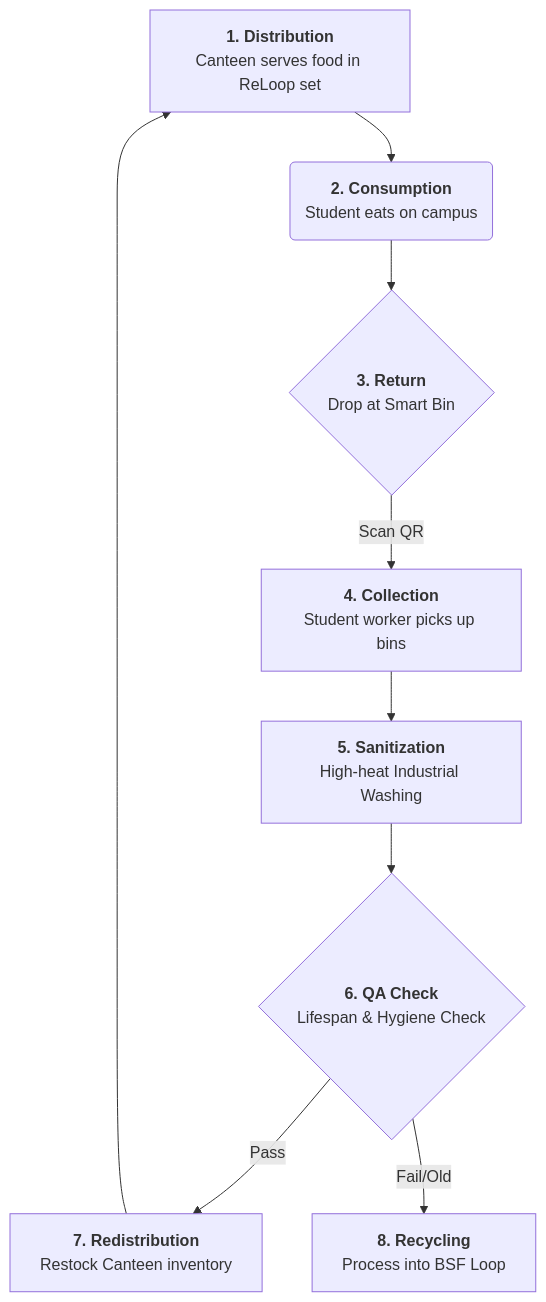
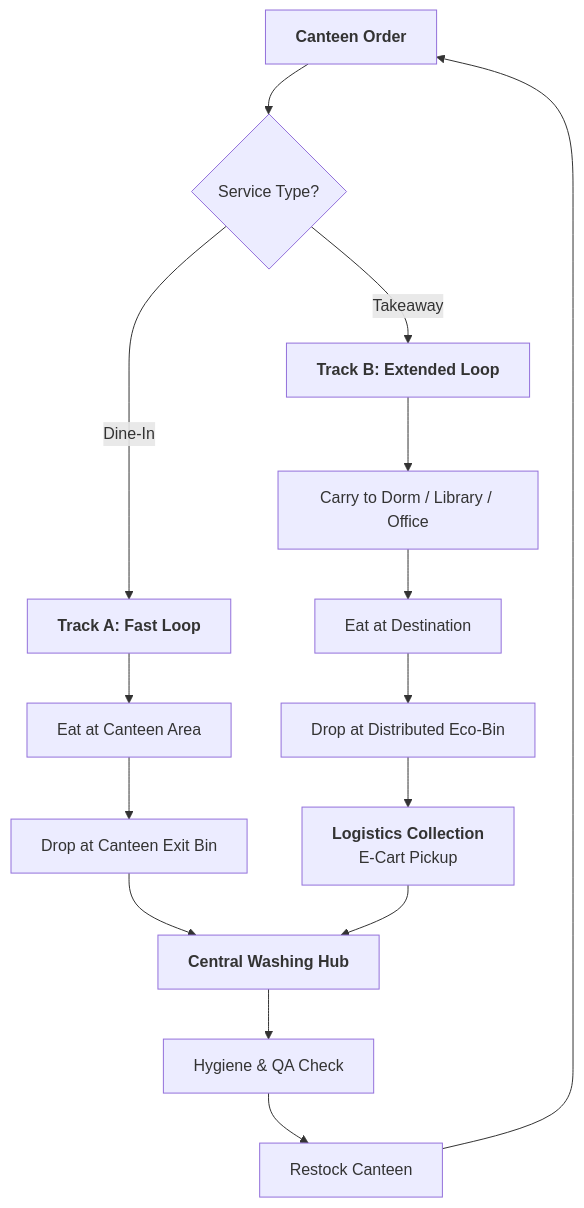
One commit to Steventanardi/NovusOrdo changed the diagram in 05_ReLoop_Utensil/Operational_Workflow.md. Above: the diagram before and after it, drawn with Mermaid. The commit also changed other lines of this file and 2 other files, not shown here.

````diff
--- a/05_ReLoop_Utensil/Operational_Workflow.md
+++ b/05_ReLoop_Utensil/Operational_Workflow.md
@@ -9,11 +9,23 @@
 ```mermaid
 graph TD
-    A[<b>1. Distribution</b><br/>Canteen serves food in ReLoop set] --> B(<b>2. Consumption</b><br/>Student eats on campus)
-    B --> C{<b>3. Return</b><br/>Drop at Smart Bin}
-    C -->|Scan QR| D[<b>4. Collection</b><br/>Student worker picks up bins]
-    D --> E[<b>5. Sanitization</b><br/>High-heat Industrial Washing]
-    E --> F{<b>6. QA Check</b><br/>Lifespan & Hygiene Check}
-    F -->|Pass| G[<b>7. Redistribution</b><br/>Restock Canteen inventory]
-    F -->|Fail/Old| H[<b>8. Recycling</b><br/>Process into BSF Loop]
-    G --> A
+    Start[<b>Canteen Order</b>] --> Service{Service Type?}
+    
+    %% Dine-In Path
+    Service -->|Dine-In| DI[<b>Track A: Fast Loop</b>]
+    DI --> DI_Eat[Eat at Canteen Area]
+    DI_Eat --> DI_Drop[Drop at Canteen Exit Bin]
+    DI_Drop --> Wash[<b>Central Washing Hub</b>]
+    
+    %% Takeaway Path
+    Service -->|Takeaway| TA[<b>Track B: Extended Loop</b>]
+    TA --> TA_Carry[Carry to Dorm / Library / Office]
+    TA_Carry --> TA_Eat[Eat at Destination]
+    TA_Eat --> TA_Drop[Drop at Distributed Eco-Bin]
+    TA_Drop --> Log[<b>Logistics Collection</b><br/>E-Cart Pickup]
+    Log --> Wash
+    
+    %% Closing the Circle
+    Wash --> QA[Hygiene & QA Check]
+    QA --> Restock[Restock Canteen]
+    Restock --> Start
 ```
````
